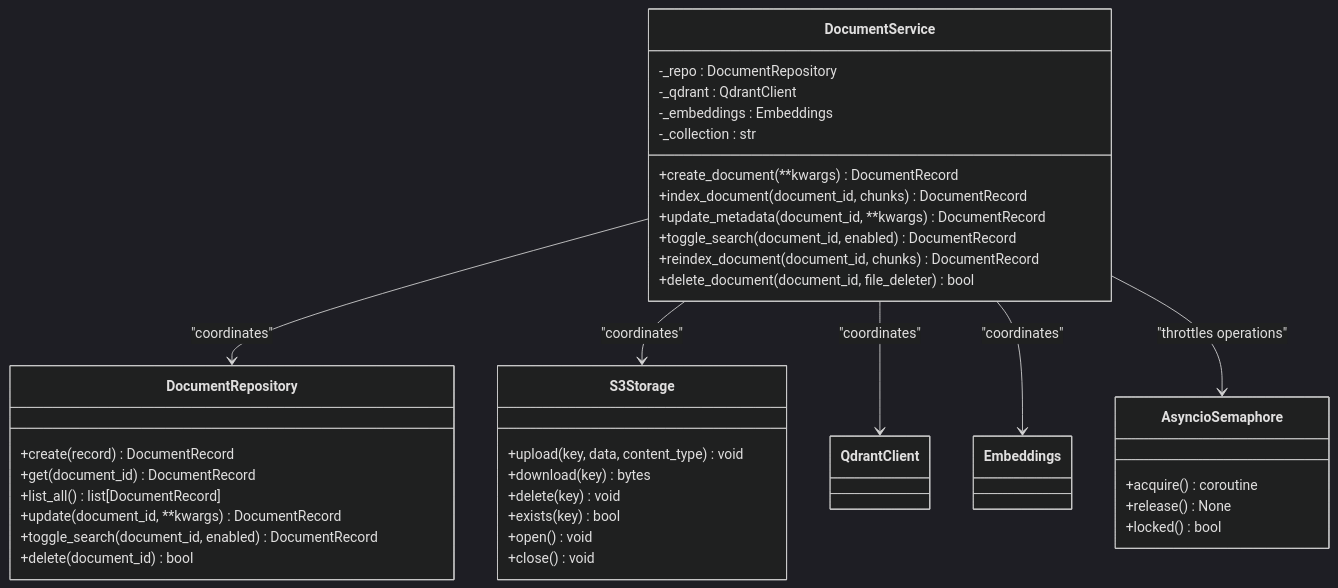
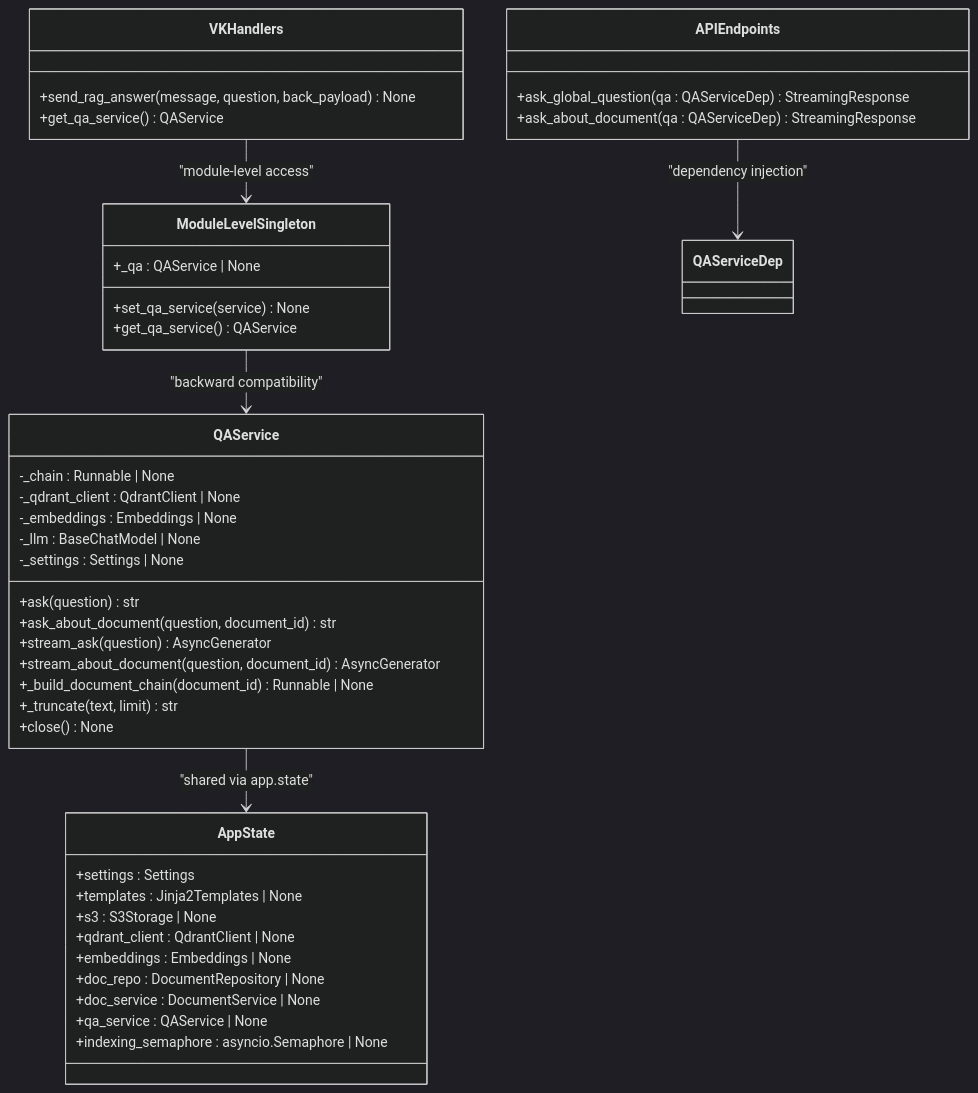
The fifth of 8 diagrams in .qoder/repowiki/en/content/API Reference/Dependency Injection System.md (ognelis/cafetera_hr_bot), drawn with Mermaid (dark theme) before and after one commit. The commit also changed other lines of this file and 29 other files, not shown here.

````diff
--- a/.qoder/repowiki/en/content/API Reference/Dependency Injection System.md
+++ b/.qoder/repowiki/en/content/API Reference/Dependency Injection System.md
@@ -278,41 +310,45 @@
 ```mermaid
 classDiagram
-class DocumentService {
--_repo : DocumentRepository
--_qdrant : QdrantClient
--_embeddings : Embeddings
--_collection : str
-+create_document(**kwargs) DocumentRecord
-+index_document(document_id, chunks) DocumentRecord
-+update_metadata(document_id, **kwargs) DocumentRecord
-+toggle_search(document_id, enabled) DocumentRecord
-+reindex_document(document_id, chunks) DocumentRecord
-+delete_document(document_id, file_deleter) bool
+class QAService {
+-_chain : Runnable | None
+-_qdrant_client : QdrantClient | None
+-_embeddings : Embeddings | None
+-_llm : BaseChatModel | None
+-_settings : Settings | None
++ask(question) str
++ask_about_document(question, document_id) str
++stream_ask(question) AsyncGenerator
++stream_about_document(question, document_id) AsyncGenerator
++_build_document_chain(document_id) Runnable | None
++_truncate(text, limit) str
++close() None
 }
-class DocumentRepository {
-+create(record) DocumentRecord
-+get(document_id) DocumentRecord
-+list_all() list[DocumentRecord]
-+update(document_id, **kwargs) DocumentRecord
-+toggle_search(document_id, enabled) DocumentRecord
-+delete(document_id) bool
+class AppState {
++settings : Settings
++templates : Jinja2Templates | None
++s3 : S3Storage | None
++qdrant_client : QdrantClient | None
++embeddings : Embeddings | None
++doc_repo : DocumentRepository | None
++doc_service : DocumentService | None
++qa_service : QAService | None
++indexing_semaphore : asyncio.Semaphore | None
 }
-class S3Storage {
-+upload(key, data, content_type) void
-+download(key) bytes
-+delete(key) void
-+exists(key) bool
-+open() void
-+close() void
+class ModuleLevelSingleton {
++_qa : QAService | None
++set_qa_service(service) None
++get_qa_service() QAService
 }
-class AsyncioSemaphore {
-+acquire() coroutine
-+release() None
-+locked() bool
+class APIEndpoints {
++ask_global_question(qa : QAServiceDep) StreamingResponse
++ask_about_document(qa : QAServiceDep) StreamingResponse
 }
-DocumentService --> DocumentRepository : "coordinates"
-DocumentService --> S3Storage : "coordinates"
-DocumentService --> QdrantClient : "coordinates"
-DocumentService --> Embeddings : "coordinates"
-DocumentService --> AsyncioSemaphore : "throttles operations"
+class VKHandlers {
++send_rag_answer(message, question, back_payload) None
++get_qa_service() QAService
+}
+QAService --> AppState : "shared via app.state"
+ModuleLevelSingleton --> QAService : "backward compatibility"
+APIEndpoints --> QAServiceDep : "dependency injection"
+VKHandlers --> ModuleLevelSingleton : "module-level access"
 ```
````
